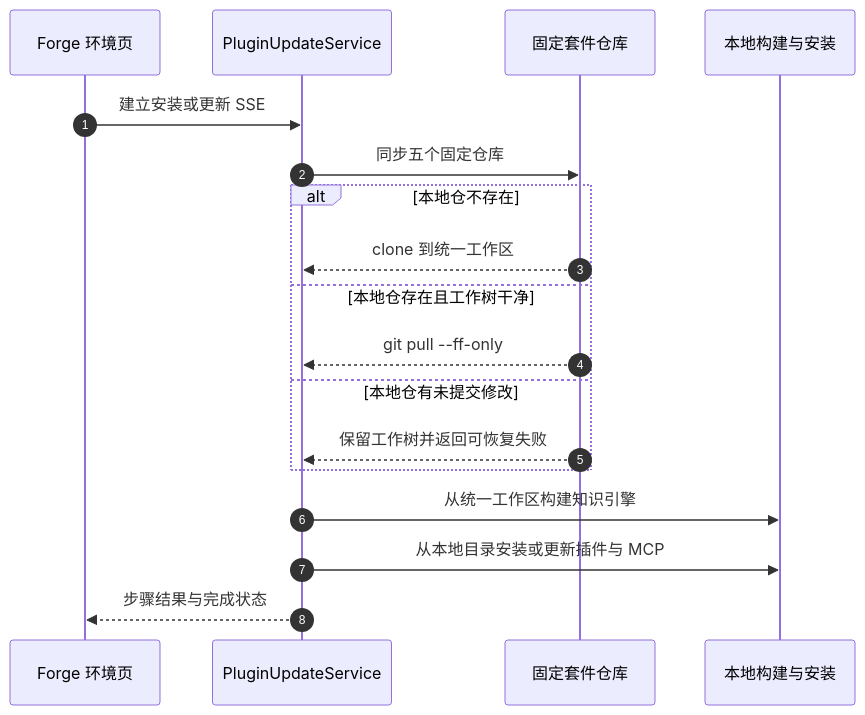
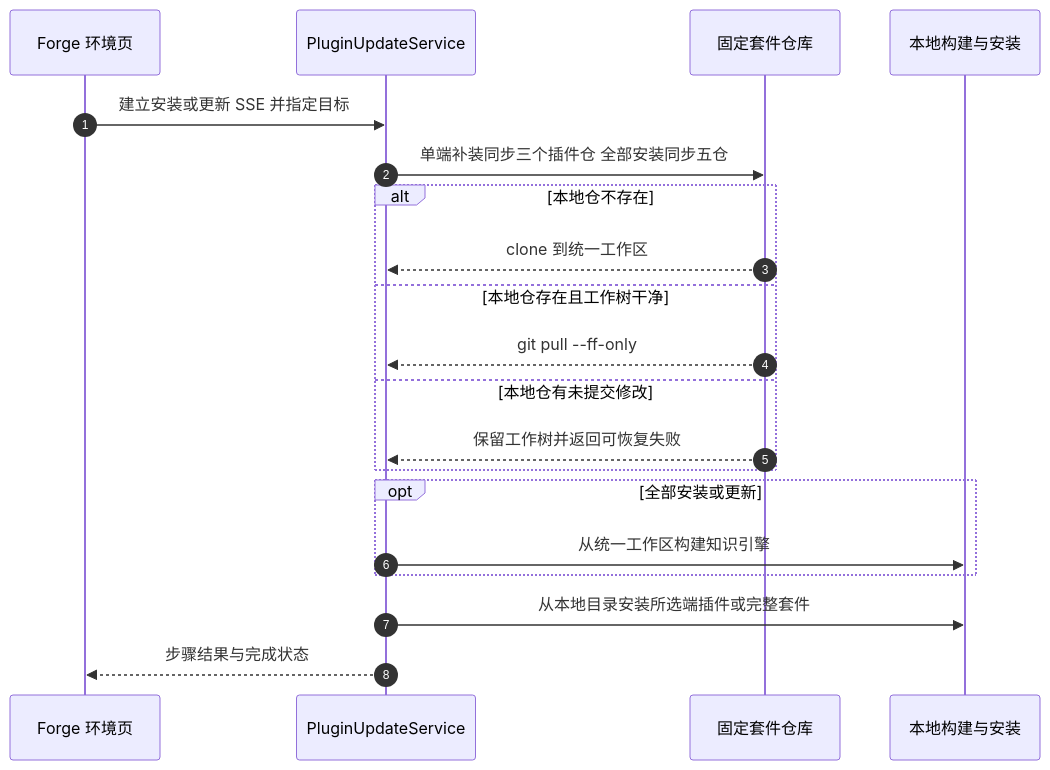
Before and after one commit to exception-coder/kai-toolbox: the fifth of 5 diagrams in docs/design/Forge研发环境看板/Forge研发环境看板-current.md, drawn with Mermaid. The commit also changed other lines of this file and 11 other files, not shown here.

````diff
--- a/docs/design/Forge研发环境看板/Forge研发环境看板-current.md
+++ b/docs/design/Forge研发环境看板/Forge研发环境看板-current.md
@@ -206,21 +206,23 @@
 ```mermaid
 sequenceDiagram
     autonumber
     participant PAGE as Forge 环境页
     participant SERVICE as PluginUpdateService
     participant GIT as 固定套件仓库
     participant LOCAL as 本地构建与安装
 
-    PAGE->>SERVICE: 建立安装或更新 SSE
-    SERVICE->>GIT: 同步五个固定仓库
+    PAGE->>SERVICE: 建立安装或更新 SSE 并指定目标
+    SERVICE->>GIT: 单端补装同步三个插件仓 全部安装同步五仓
     alt 本地仓不存在
         GIT-->>SERVICE: clone 到统一工作区
     else 本地仓存在且工作树干净
         GIT-->>SERVICE: git pull --ff-only
     else 本地仓有未提交修改
         GIT-->>SERVICE: 保留工作树并返回可恢复失败
     end
-    SERVICE->>LOCAL: 从统一工作区构建知识引擎
-    SERVICE->>LOCAL: 从本地目录安装或更新插件与 MCP
+    opt 全部安装或更新
+        SERVICE->>LOCAL: 从统一工作区构建知识引擎
+    end
+    SERVICE->>LOCAL: 从本地目录安装所选端插件或完整套件
     SERVICE-->>PAGE: 步骤结果与完成状态
 ```
````
